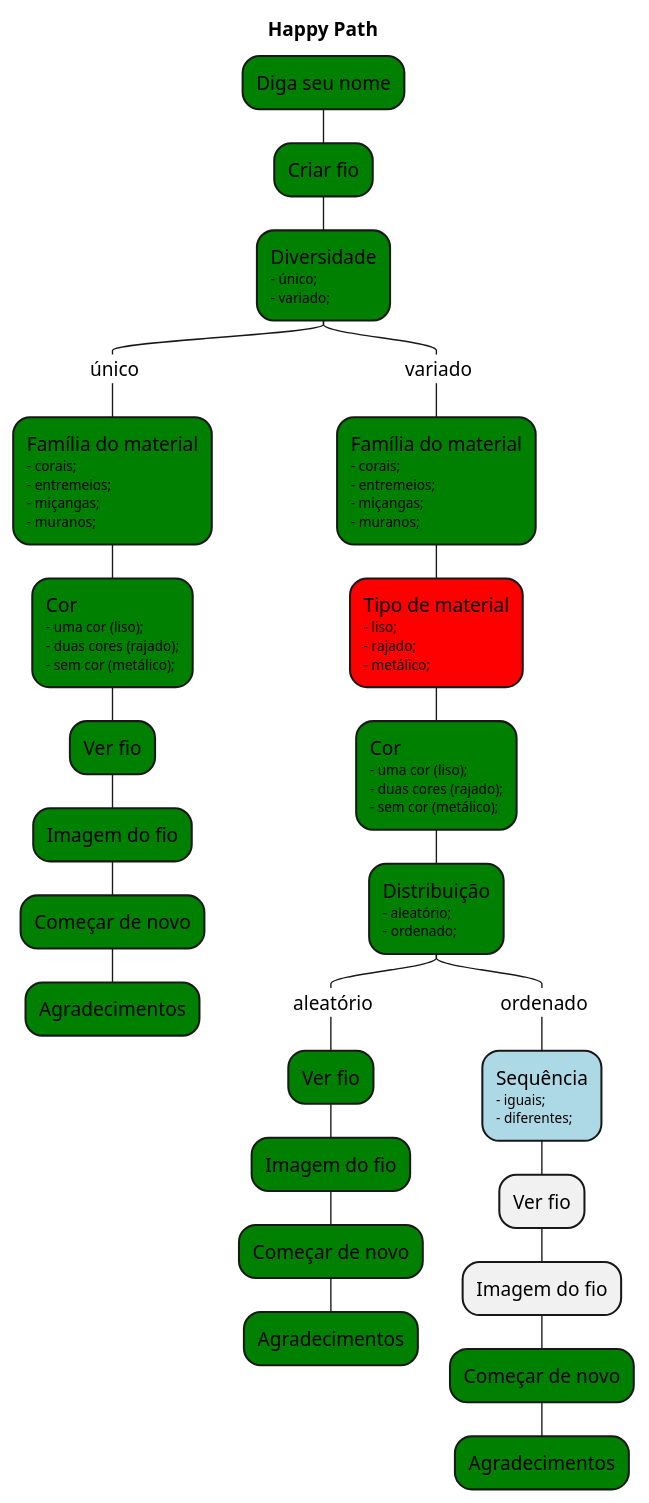
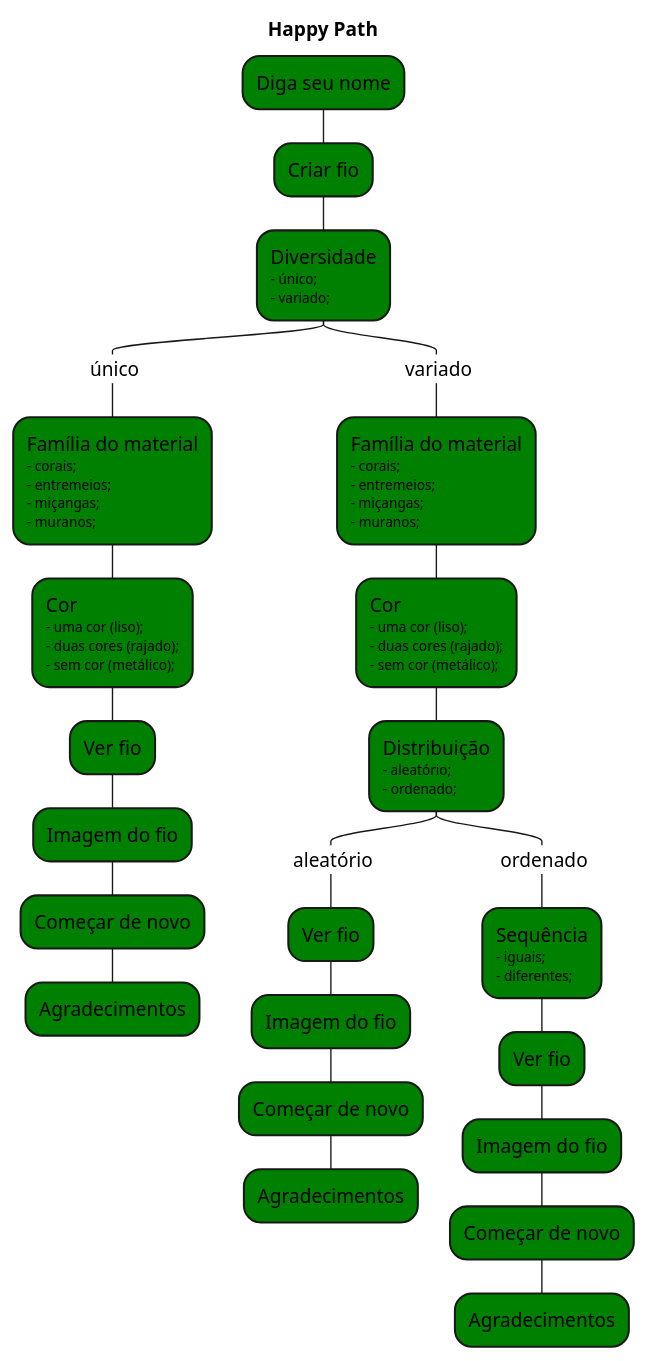
One commit to TecnoSigma/vo-maria changed the diagram in __docs__/happy_path.puml. Above: the diagram before and after it, drawn with PlantUML. The commit also changed 2 other files, not shown here.

Commit message:
Adjusts screen size to mobile

```diff
--- a/__docs__/happy_path.puml
+++ b/__docs__/happy_path.puml
@@ -1,35 +1,34 @@
 @startmindmap
 title Happy Path
 
 top to bottom direction
 
 *[#green] Diga seu nome
 **[#green] Criar fio
 
 ***[#green] Diversidade\n<size: 10>- único;\n<size: 10>- variado;
 ****_ único
 *****[#green] Família do material\n<size: 10>- corais;\n<size: 10>- entremeios;\n<size: 10>- miçangas;\n<size: 10>- muranos;
 ******[#green] Cor\n<size: 10>- uma cor (liso);\n<size: 10>- duas cores (rajado);\n<size: 10>- sem cor (metálico);
 *******[#green] Ver fio
 ********[#green] Imagem do fio
 *********[#green] Começar de novo
 **********[#green] Agradecimentos
 
 ****_ variado
 *****[#green] Família do material\n<size: 10>- corais;\n<size: 10>- entremeios;\n<size: 10>- miçangas;\n<size: 10>- muranos;
-******[#red] Tipo de material\n<size: 10>- liso;\n<size: 10>- rajado;\n<size: 10>- metálico;
-*******[#green] Cor\n<size: 10>- uma cor (liso);\n<size: 10>- duas cores (rajado);\n<size: 10>- sem cor (metálico);
+******[#green] Cor\n<size: 10>- uma cor (liso);\n<size: 10>- duas cores (rajado);\n<size: 10>- sem cor (metálico);
 
-********[#green] Distribuição\n<size: 10>- aleatório;\n<size: 10>- ordenado;
-*********_ aleatório
+*******[#green] Distribuição\n<size: 10>- aleatório;\n<size: 10>- ordenado;
+********_ aleatório
+*********[#green] Ver fio
+**********[#green] Imagem do fio
+***********[#green] Começar de novo
+************[#green] Agradecimentos
+********_ ordenado
+*********[#green] Sequência\n<size: 10>- iguais;\n<size: 10>- diferentes;
 **********[#green] Ver fio
 ***********[#green] Imagem do fio
 ************[#green] Começar de novo
 *************[#green] Agradecimentos
-*********_ ordenado
-**********[#lightblue] Sequência\n<size: 10>- iguais;\n<size: 10>- diferentes;
-*********** Ver fio
-************ Imagem do fio
-*************[#green] Começar de novo
-**************[#green] Agradecimentos
 @endmindmap
```
